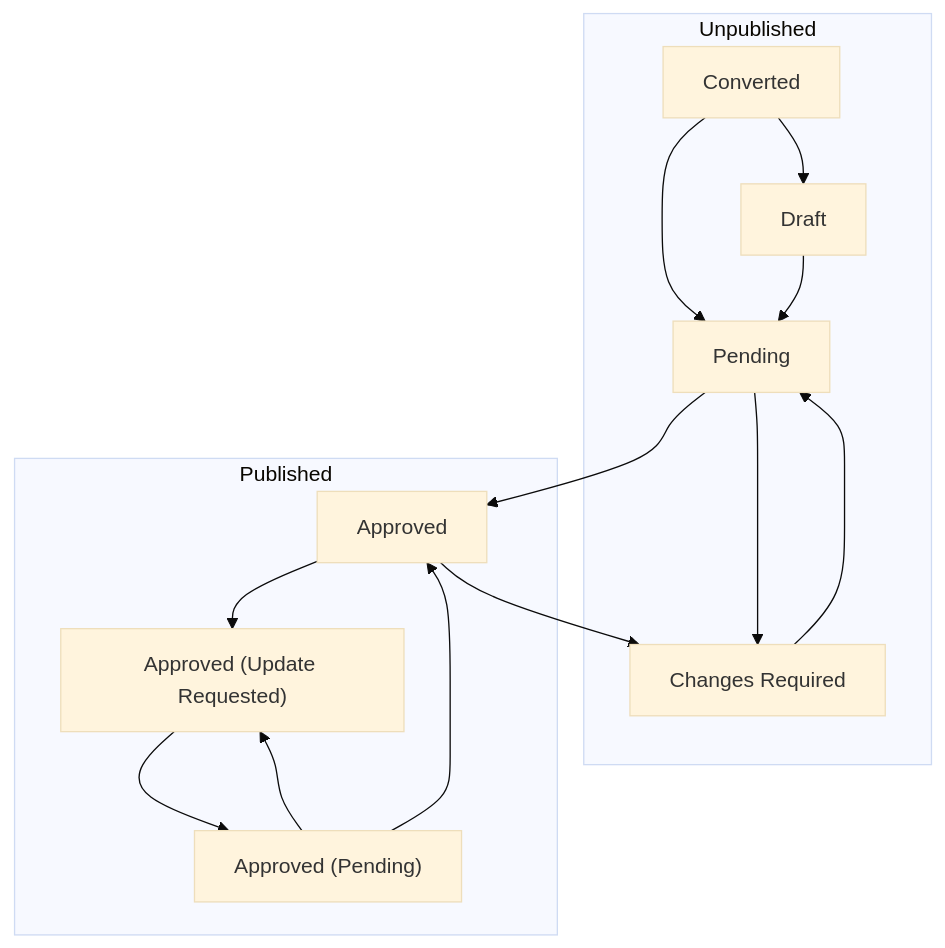
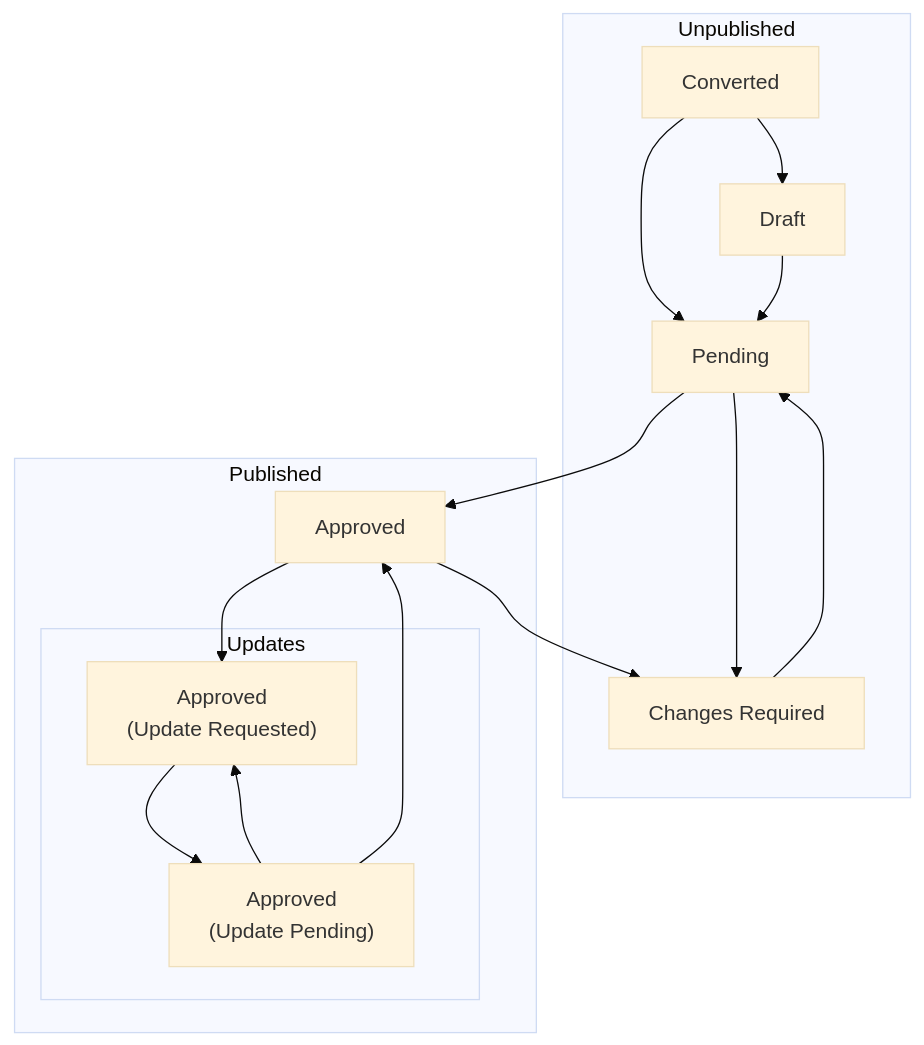
Before and after one commit to opendp/deployments-registry-data: the diagram in README.md, drawn with Mermaid (base theme).

Commit message:
Highlight updates of published records in mermaid diagram (#168)
* Changes requested for update mermaid graph

* Update README.md

minor edit

* Update README.md

minor edit

* Update README.md

fix arrows

* Update README.md

adjust arrows

* Update README.md

minor edits

* Update README.md

remove trailing whitespaces

````diff
--- a/README.md
+++ b/README.md
@@ -20,15 +20,18 @@
 ```mermaid
 graph TD
     subgraph Unpublished
         Converted --> Draft
         Converted --> Pending
         Draft --> Pending
         Pending --> Changes["Changes Required"] --> Pending
     end
     subgraph Published
-        Approved --> Update["Approved (Update Requested)"] --> Repending["Approved (Pending)"] --> Update
+        subgraph Updates["&nbsp; Updates"]
+            Update["Approved \n (Update Requested)"] --> Repending["Approved \n (Update Pending)"] --> Update["Approved \n (Update Requested)"]
+        end
+        Approved --> Update["Approved \n (Update Requested)"]
         Repending --> Approved
     end
     Pending --> Approved
     Approved --> Changes
 ```
````
